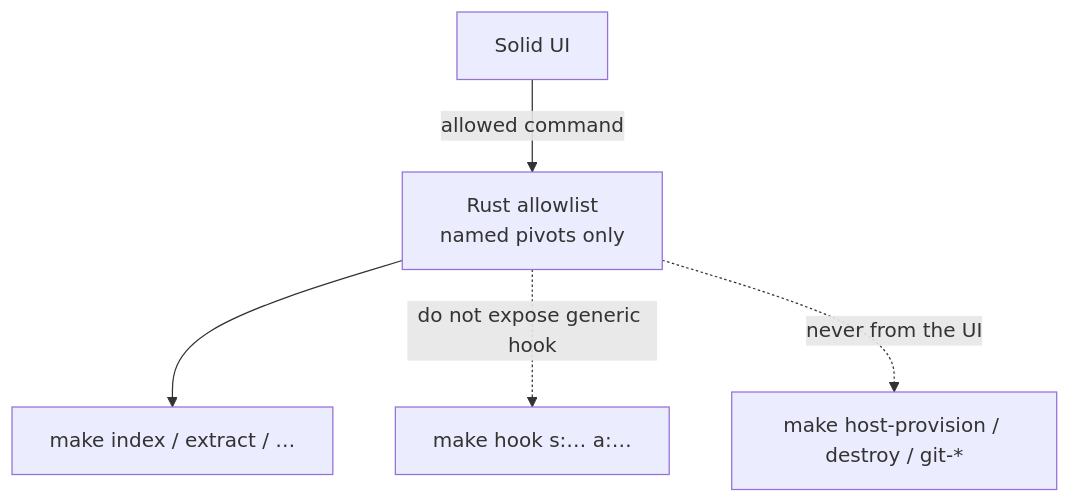
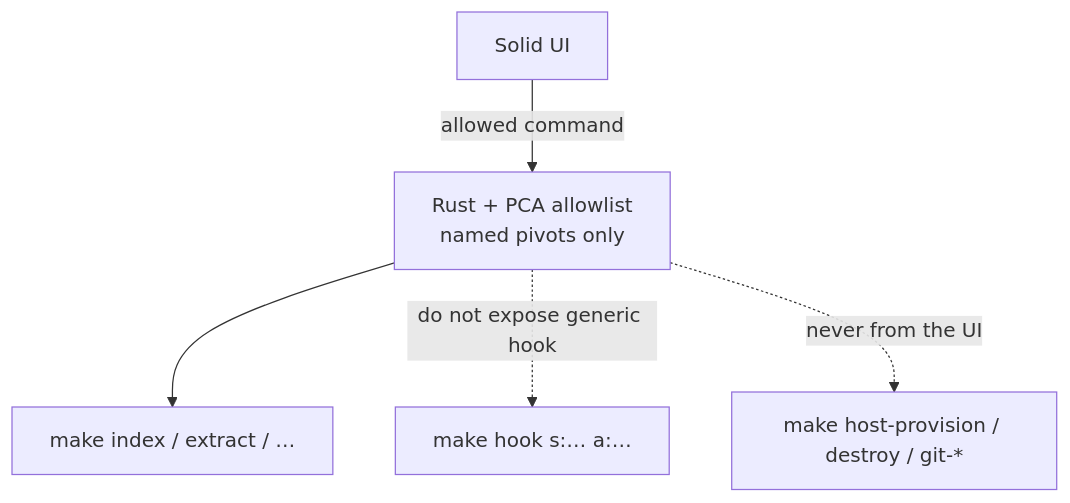
One commit to Paulmicha/projet-complexe-asc changed the third of 8 diagrams in data/ideas/2026/08/17-local-dev-stack-architecture.md. Above: the diagram before and after it, drawn with Mermaid. The commit also changed other lines of this file and 322 other files, not shown here.

````diff
--- a/data/ideas/2026/08/17-local-dev-stack-architecture.md
+++ b/data/ideas/2026/08/17-local-dev-stack-architecture.md
@@ -140,13 +180,13 @@
 ```mermaid
 flowchart TB
   UI["Solid UI"]
-  ALLOW["Rust allowlist<br/>named pivots only"]
+  ALLOW["Rust + PCA allowlist<br/>named pivots only"]
   MAKE["make index / extract / …"]
   HOOK["make hook s:… a:…"]
   HOST["make host-provision / destroy / git-*"]
 
   UI -->|"allowed command"| ALLOW
   ALLOW --> MAKE
   ALLOW -.->|"do not expose generic hook"| HOOK
   ALLOW -.->|"never from the UI"| HOST
 ```
````
